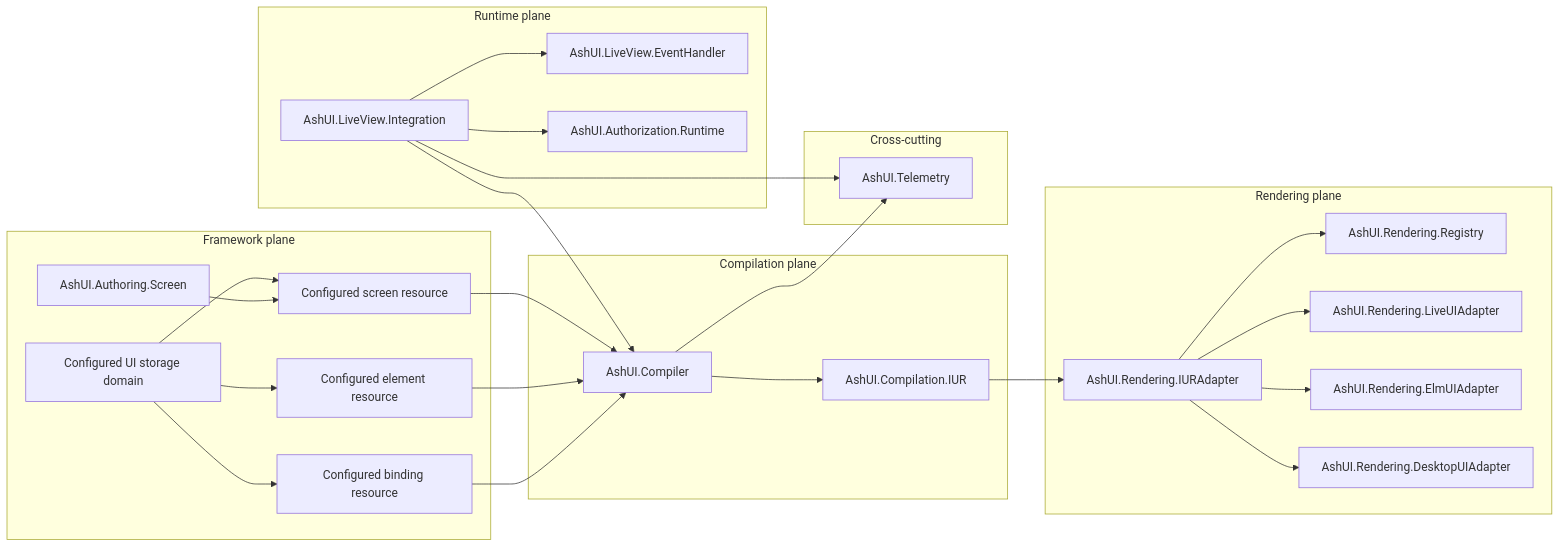
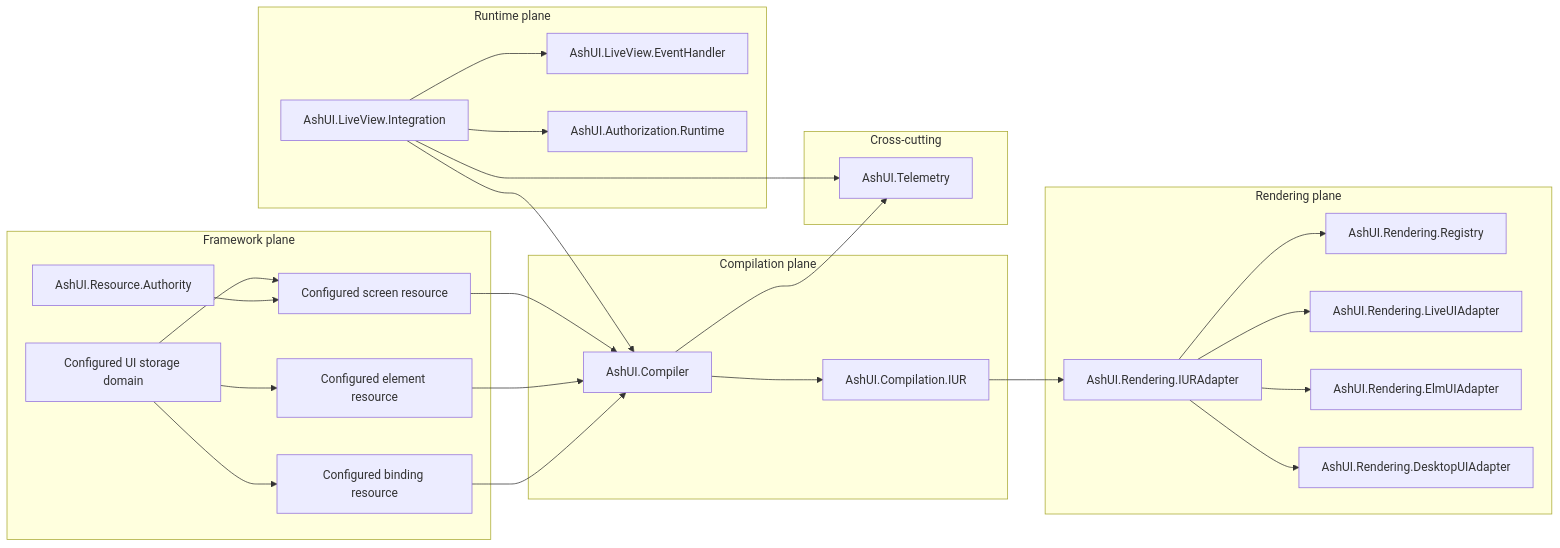
The diagram in guides/developer/DG-0001-architecture-overview.md (The-Metagraph/ash_ui), drawn with Mermaid before and after one commit. The commit also changed other lines of this file and 21 other files, not shown here.

````diff
--- a/guides/developer/DG-0001-architecture-overview.md
+++ b/guides/developer/DG-0001-architecture-overview.md
@@ -33,52 +33,52 @@
 ```mermaid
 flowchart LR
     subgraph Framework["Framework plane"]
         Domain["Configured UI storage domain"]
         Screen["Configured screen resource"]
         Element["Configured element resource"]
         Binding["Configured binding resource"]
-        Authoring["AshUI.Authoring.Screen"]
+        Authoring["AshUI.Resource.Authority"]
     end
 
     subgraph Compilation["Compilation plane"]
         Compiler["AshUI.Compiler"]
         IUR["AshUI.Compilation.IUR"]
     end
 
     subgraph Runtime["Runtime plane"]
         Live["AshUI.LiveView.Integration"]
         Events["AshUI.LiveView.EventHandler"]
         Auth["AshUI.Authorization.Runtime"]
     end
 
     subgraph Rendering["Rendering plane"]
         Adapter["AshUI.Rendering.IURAdapter"]
         Registry["AshUI.Rendering.Registry"]
         LiveAdapter["AshUI.Rendering.LiveUIAdapter"]
         WebAdapter["AshUI.Rendering.ElmUIAdapter"]
         DesktopAdapter["AshUI.Rendering.DesktopUIAdapter"]
     end
 
     subgraph Observability["Cross-cutting"]
         Telemetry["AshUI.Telemetry"]
     end
 
     Domain --> Screen
     Domain --> Element
     Domain --> Binding
     Authoring --> Screen
     Screen --> Compiler
     Element --> Compiler
     Binding --> Compiler
     Compiler --> IUR
     IUR --> Adapter
     Adapter --> Registry
     Live --> Auth
     Live --> Compiler
     Live --> Events
     Live --> Telemetry
     Compiler --> Telemetry
     Adapter --> LiveAdapter
     Adapter --> WebAdapter
     Adapter --> DesktopAdapter
 ```
````
